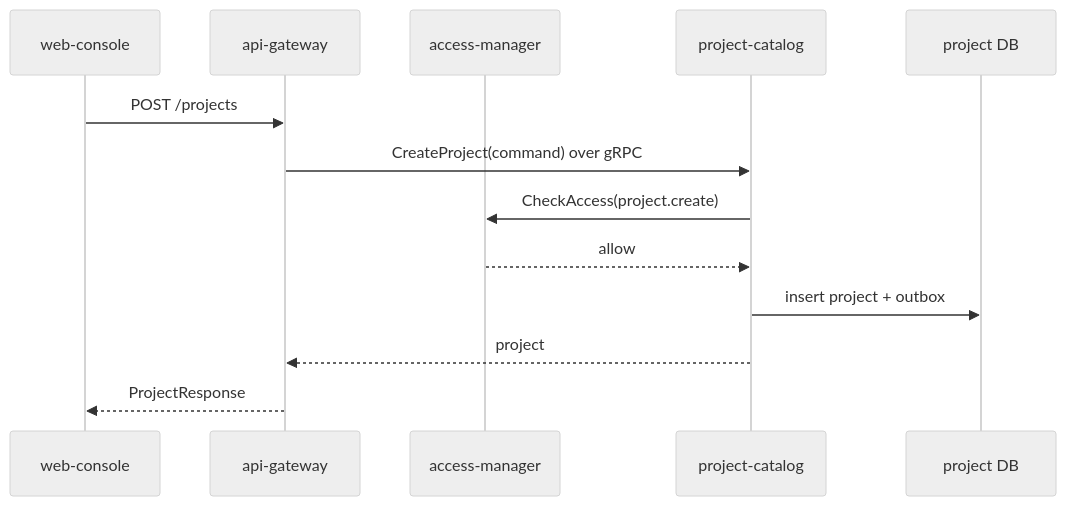
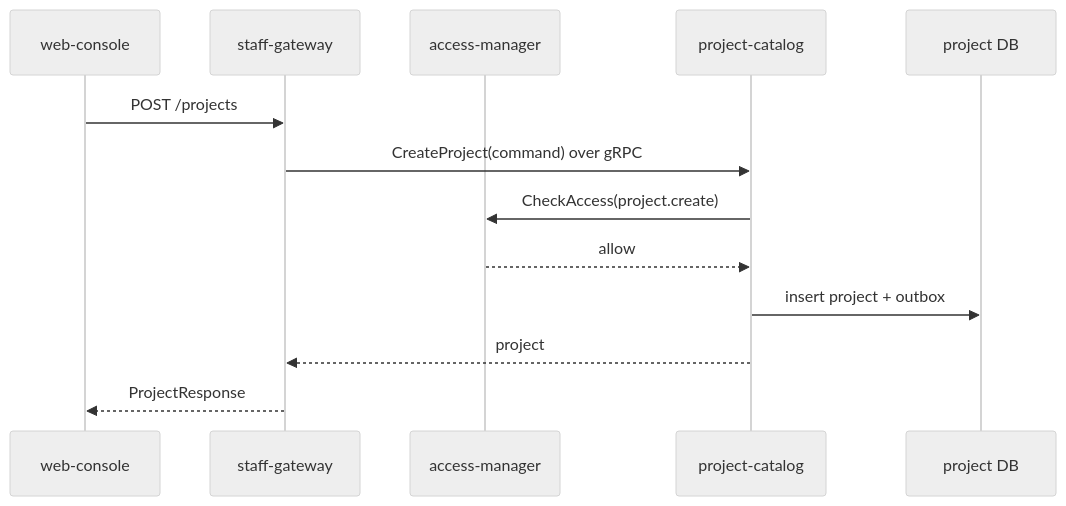
The first of 3 diagrams in docs/domains/projects-and-repositories/architecture/design.md (codex-k8s/kodex), drawn with Mermaid (neutral theme) before and after one commit. The commit also changed other lines of this file and 1 other file, not shown here.

Commit message:
Use staff gateway for project catalog UI access

````diff
--- a/docs/domains/projects-and-repositories/architecture/design.md
+++ b/docs/domains/projects-and-repositories/architecture/design.md
@@ -77,15 +77,15 @@
 ```mermaid
 sequenceDiagram
   participant UI as web-console
-  participant G as api-gateway
+  participant G as staff-gateway
   participant A as access-manager
   participant P as project-catalog
   participant DB as project DB
   UI->>G: POST /projects
   G->>P: CreateProject(command) over gRPC
   P->>A: CheckAccess(project.create)
   A-->>P: allow
   P->>DB: insert project + outbox
   P-->>G: project
   G-->>UI: ProjectResponse
 ```
````
